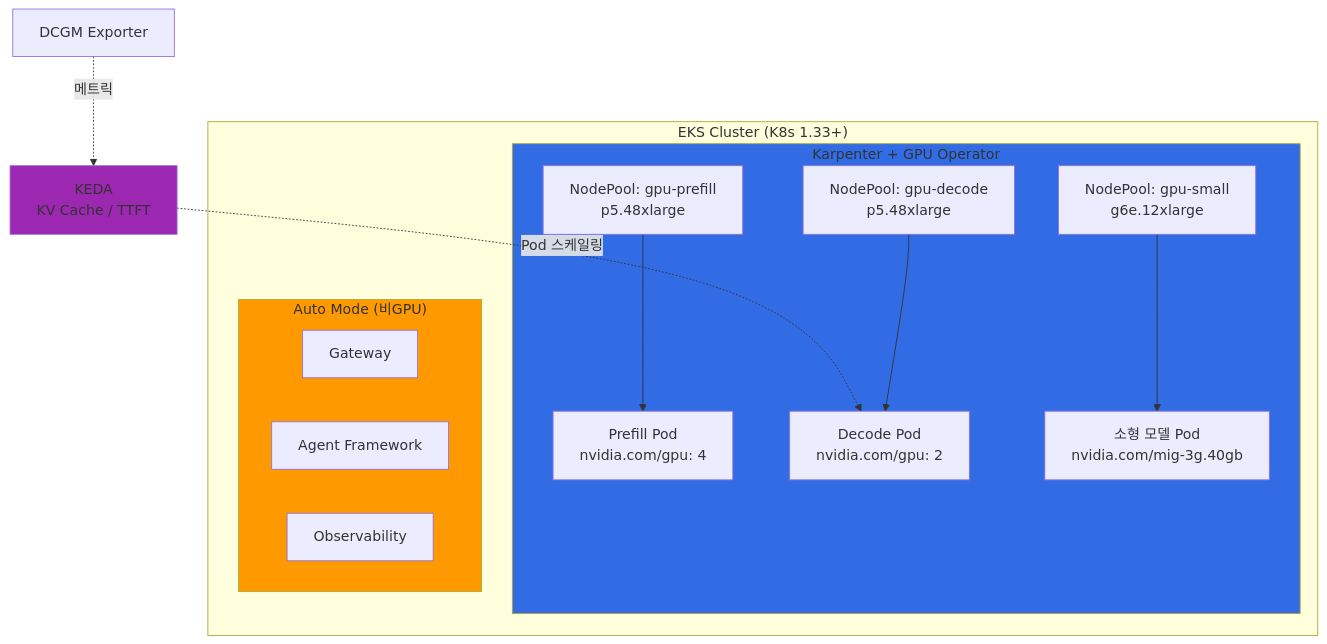
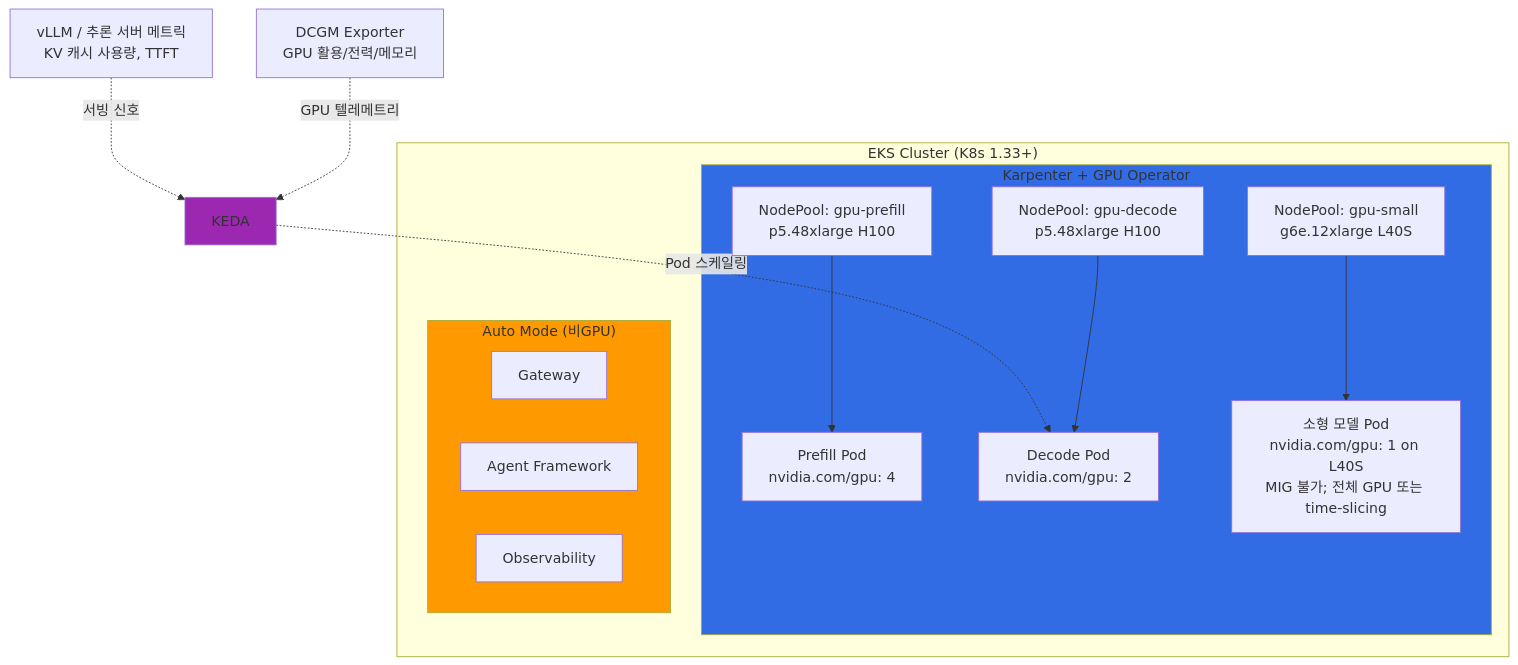
The third of 5 diagrams in i18n/ko/docusaurus-plugin-content-docs/current/agentic-ai-platform/model-serving/gpu-infrastructure/eks-gpu-node-strategy.md (devfloor9/engineering-playbook), drawn with Mermaid before and after one commit. The commit also changed other lines of this file and 20 other files, not shown here.

````diff
--- a/i18n/ko/docusaurus-plugin-content-docs/current/agentic-ai-platform/model-serving/gpu-infrastructure/eks-gpu-node-strategy.md
+++ b/i18n/ko/docusaurus-plugin-content-docs/current/agentic-ai-platform/model-serving/gpu-infrastructure/eks-gpu-node-strategy.md
@@ -391,30 +406,31 @@
 ```mermaid
 flowchart TB
     subgraph Cluster["EKS Cluster (K8s 1.33+)"]
         subgraph KarpGPU["Karpenter + GPU Operator"]
-            NP_PF[NodePool: gpu-prefill<br/>p5.48xlarge]
-            NP_DC[NodePool: gpu-decode<br/>p5.48xlarge]
-            NP_SM[NodePool: gpu-small<br/>g6e.12xlarge]
+            NP_PF[NodePool: gpu-prefill<br/>p5.48xlarge H100]
+            NP_DC[NodePool: gpu-decode<br/>p5.48xlarge H100]
+            NP_SM[NodePool: gpu-small<br/>g6e.12xlarge L40S]
             PF[Prefill Pod<br/>nvidia.com/gpu: 4]
             DC[Decode Pod<br/>nvidia.com/gpu: 2]
-            SM[소형 모델 Pod<br/>nvidia.com/mig-3g.40gb]
+            SM[소형 모델 Pod<br/>nvidia.com/gpu: 1 on L40S<br/>MIG 불가; 전체 GPU 또는 time-slicing]
         end
 
         subgraph AutoMode["Auto Mode (비GPU)"]
             GW[Gateway]
             AGENT[Agent Framework]
             MON[Observability]
         end
     end
 
-    KEDA[KEDA<br/>KV Cache / TTFT] -.->|Pod 스케일링| DC
-    DCGM[DCGM Exporter] -.->|메트릭| KEDA
+    KEDA[KEDA] -.->|Pod 스케일링| DC
+    VLLMM[vLLM / 추론 서버 메트릭<br/>KV 캐시 사용량, TTFT] -.->|서빙 신호| KEDA
+    DCGM[DCGM Exporter<br/>GPU 활용/전력/메모리] -.->|GPU 텔레메트리| KEDA
 
     NP_PF --> PF
     NP_DC --> DC
     NP_SM --> SM
 
     style KarpGPU fill:#326ce5
     style AutoMode fill:#ff9900
     style KEDA fill:#9c27b0
 ```
````
